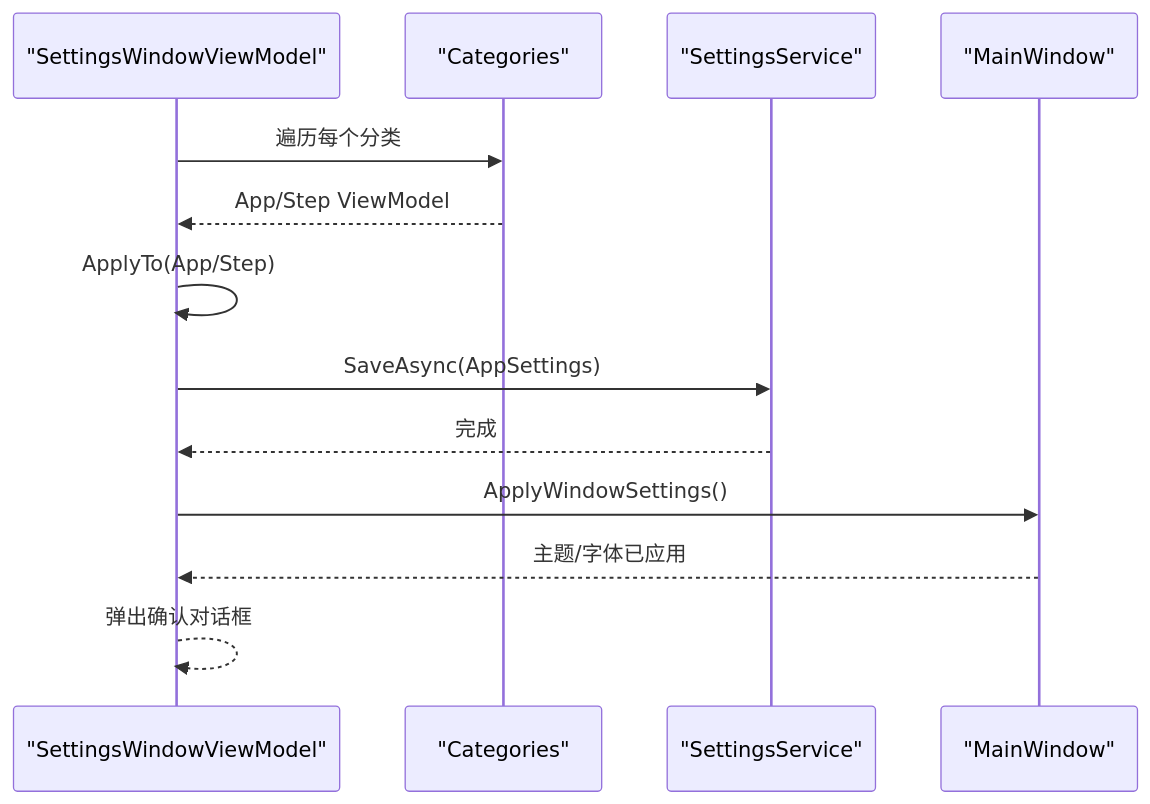
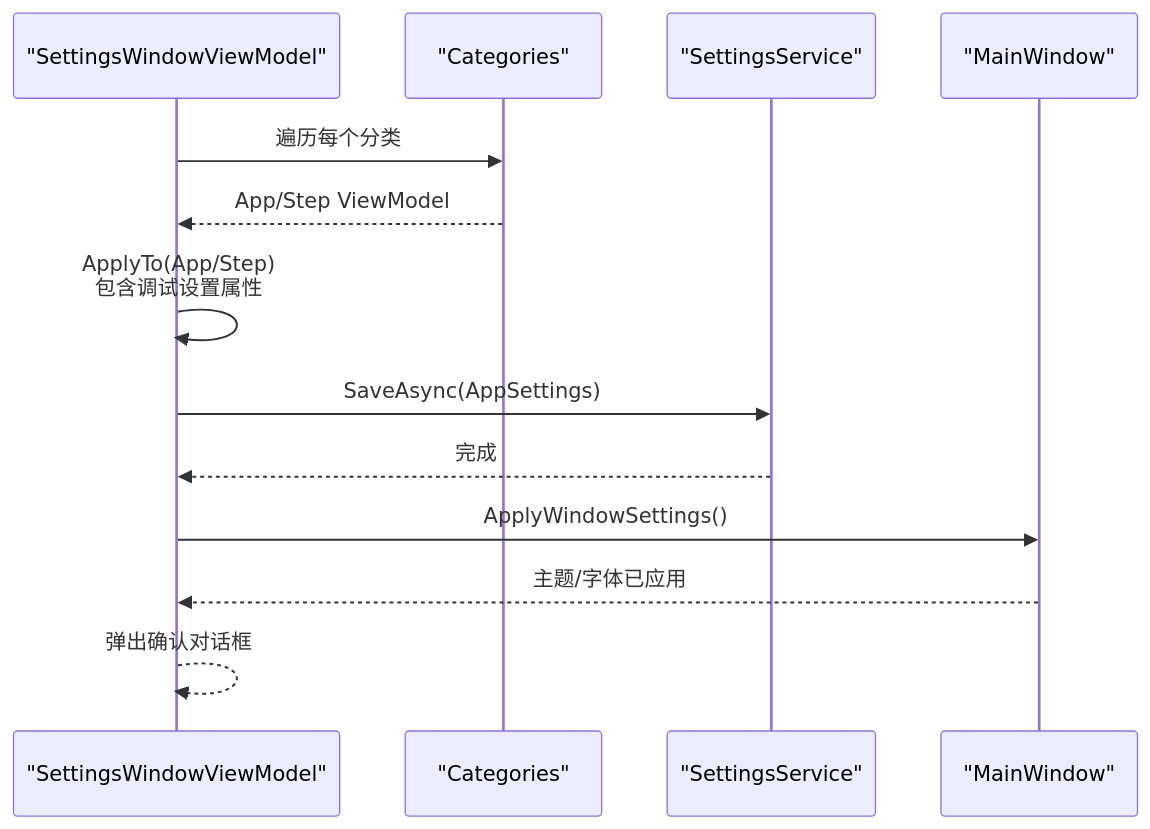
The seventh of 8 diagrams in .qoder/repowiki/zh/content/系统设置管理.md (yooxii/ShaoLuAuto), drawn with Mermaid before and after one commit. The commit also changed other lines of this file and 45 other files, not shown here.

````diff
--- a/.qoder/repowiki/zh/content/系统设置管理.md
+++ b/.qoder/repowiki/zh/content/系统设置管理.md
@@ -374,15 +396,15 @@
 ```mermaid
 sequenceDiagram
 participant VM as "SettingsWindowViewModel"
 participant Cat as "Categories"
 participant Svc as "SettingsService"
 participant UI as "MainWindow"
 VM->>Cat : 遍历每个分类
 Cat-->>VM : App/Step ViewModel
-VM->>VM : ApplyTo(App/Step)
+VM->>VM : ApplyTo(App/Step)<br/>包含调试设置属性
 VM->>Svc : SaveAsync(AppSettings)
 Svc-->>VM : 完成
 VM->>UI : ApplyWindowSettings()
 UI-->>VM : 主题/字体已应用
 VM-->>VM : 弹出确认对话框
 ```
````
